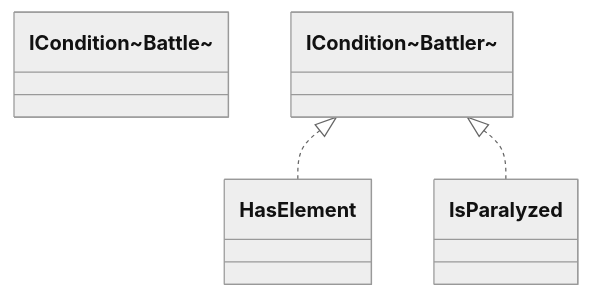
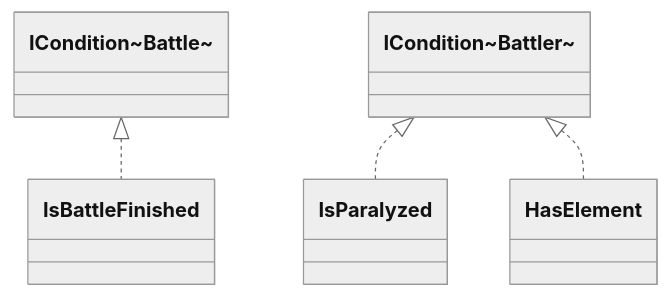
Before and after one commit to kimmandoo/blog: the seventh of 10 diagrams in posts/oop-pokemon/oop-pokemon-2.md, drawn with Mermaid (neutral theme). The commit also changed other lines of this file and 40 other files, not shown here.

````diff
--- a/posts/oop-pokemon/oop-pokemon-2.md
+++ b/posts/oop-pokemon/oop-pokemon-2.md
@@ -232,11 +195,13 @@
 ```mermaid
 classDiagram
     class IConditionBattle["ICondition~Battle~"]
     class IConditionBattler["ICondition~Battler~"]
 
+    class IsBattleFinished
+    class IsParalyzed
     class HasElement
-    class IsParalyzed
 
+    IConditionBattle <|.. IsBattleFinished
+    IConditionBattler <|.. IsParalyzed
     IConditionBattler <|.. HasElement
-    IConditionBattler <|.. IsParalyzed
 ```
````
